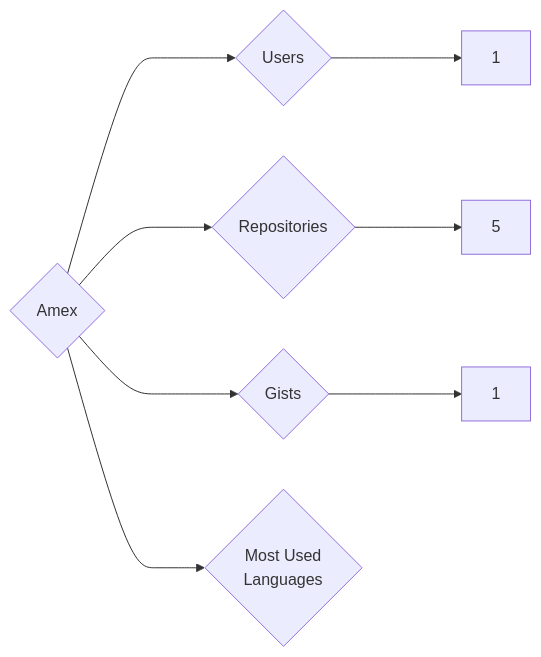
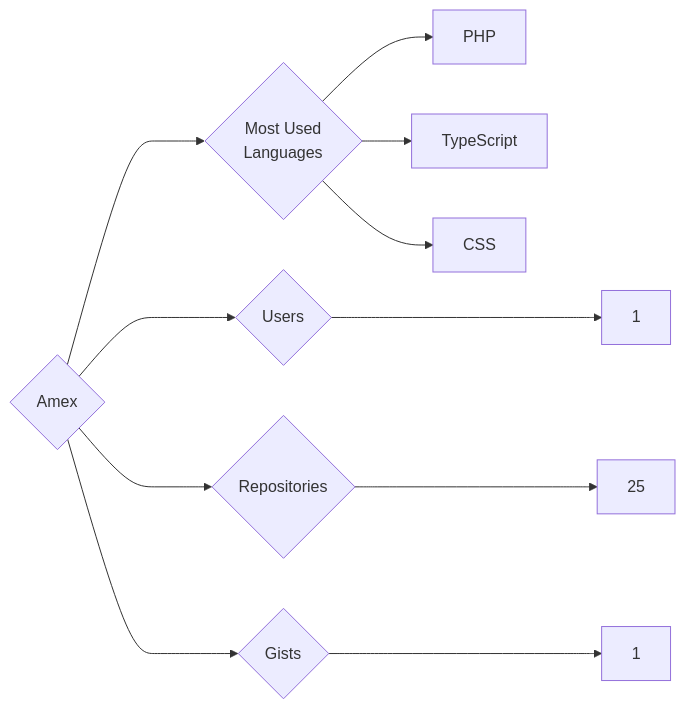
Before and after one commit to trickest/insiders: the diagram in targets/Amex/README.md, drawn with Mermaid. The commit also changed 870 other files, not shown here.

````diff
--- a/targets/Amex/README.md
+++ b/targets/Amex/README.md
@@ -3,8 +3,11 @@
 ```mermaid
 graph LR
 COMPANY_NAME{Amex}
 COMPANY_NAME ---> U{Users} ---> UN[1]
-COMPANY_NAME ---> R{Repositories} ---> RN[5]
+COMPANY_NAME ---> R{Repositories} ---> RN[25]
 COMPANY_NAME ---> G{Gists} ---> GN[1]
 COMPANY_NAME ---> ML{Most Used<br>Languages}
+ML --> PHP[PHP]
+ML --> TypeScript[TypeScript]
+ML --> CSS[CSS]
 ```
````
